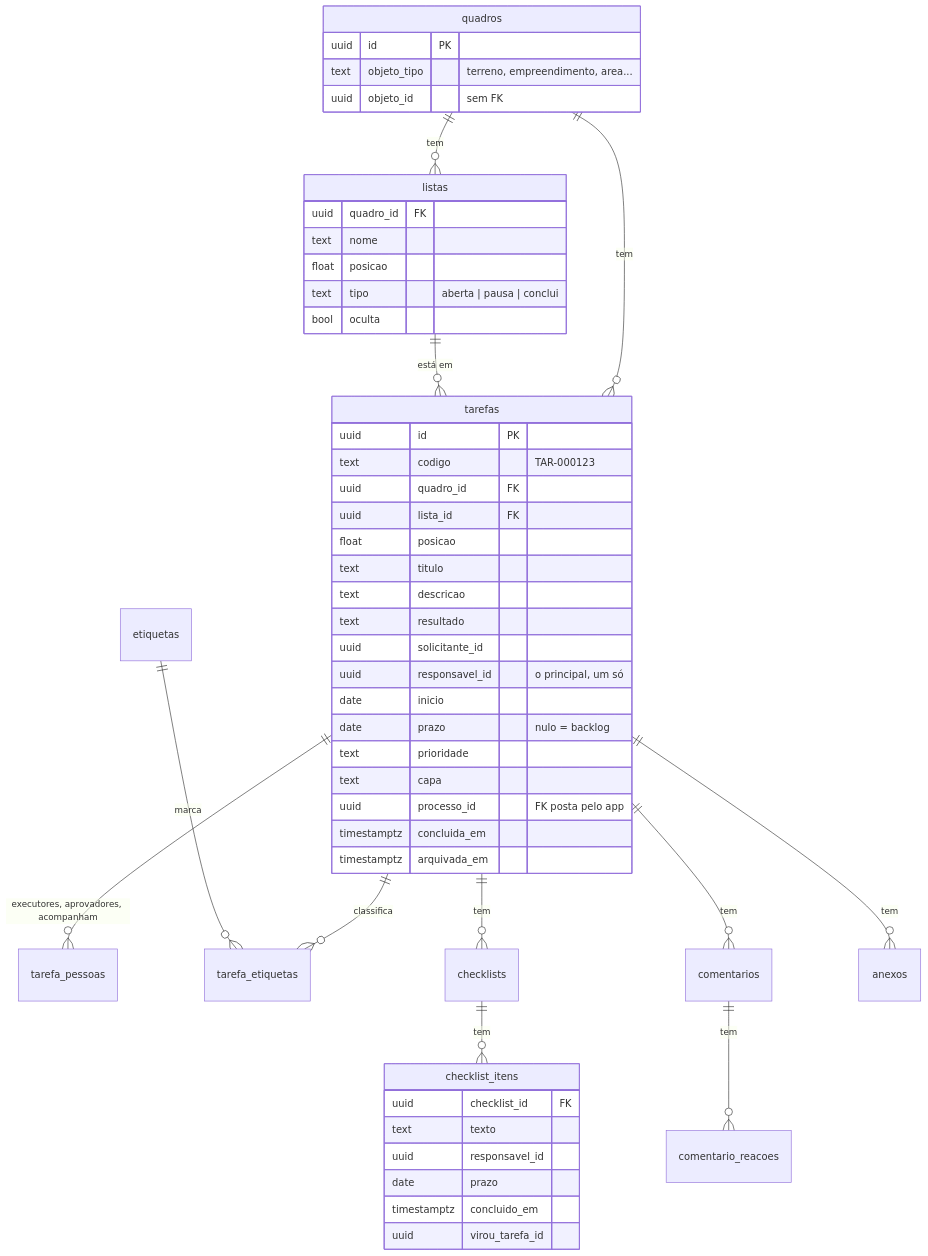
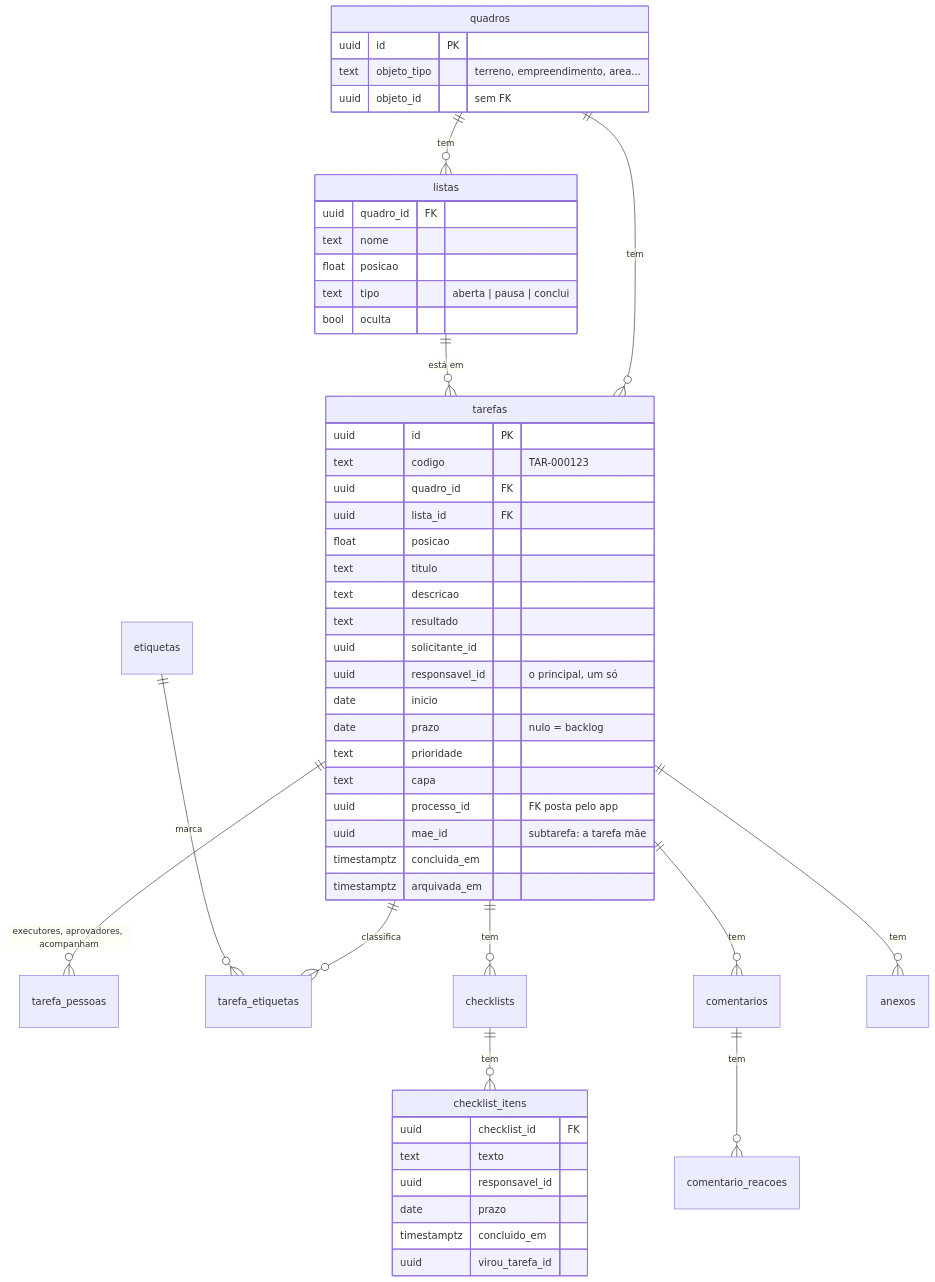
One commit to Mbekerman/bkm_terrenos-claude changed the fourth of 16 diagrams in docs/modelo.md. Above: the diagram before and after it, drawn with Mermaid. The commit also changed other lines of this file and 14 other files, not shown here.

````diff
--- a/docs/modelo.md
+++ b/docs/modelo.md
@@ -639,53 +639,54 @@
 ```mermaid
 erDiagram
   quadros ||--o{ listas : tem
   quadros ||--o{ tarefas : tem
   listas ||--o{ tarefas : "está em"
   tarefas ||--o{ tarefa_pessoas : "executores, aprovadores, acompanham"
   tarefas ||--o{ tarefa_etiquetas : classifica
   etiquetas ||--o{ tarefa_etiquetas : marca
   tarefas ||--o{ checklists : tem
   checklists ||--o{ checklist_itens : tem
   tarefas ||--o{ comentarios : tem
   comentarios ||--o{ comentario_reacoes : tem
   tarefas ||--o{ anexos : tem
   quadros {
     uuid id PK
     text objeto_tipo "terreno, empreendimento, area..."
     uuid objeto_id "sem FK"
   }
   listas {
     uuid quadro_id FK
     text nome
     float posicao
     text tipo "aberta | pausa | conclui"
     bool oculta
   }
   tarefas {
     uuid id PK
     text codigo "TAR-000123"
     uuid quadro_id FK
     uuid lista_id FK
     float posicao
     text titulo
     text descricao
     text resultado
     uuid solicitante_id
     uuid responsavel_id "o principal, um só"
     date inicio
     date prazo "nulo = backlog"
     text prioridade
     text capa
     uuid processo_id "FK posta pelo app"
+    uuid mae_id "subtarefa: a tarefa mãe"
     timestamptz concluida_em
     timestamptz arquivada_em
   }
   checklist_itens {
     uuid checklist_id FK
     text texto
     uuid responsavel_id
     date prazo
     timestamptz concluido_em
     uuid virou_tarefa_id
   }
 ```
````
